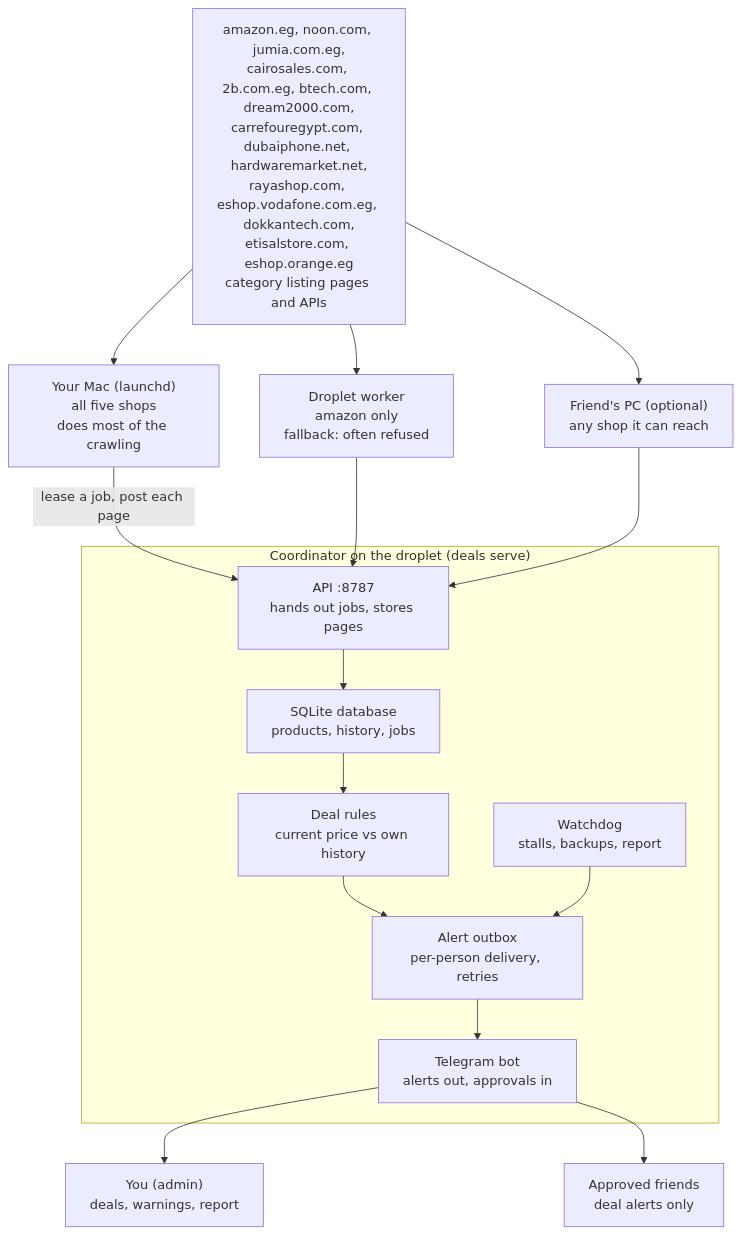
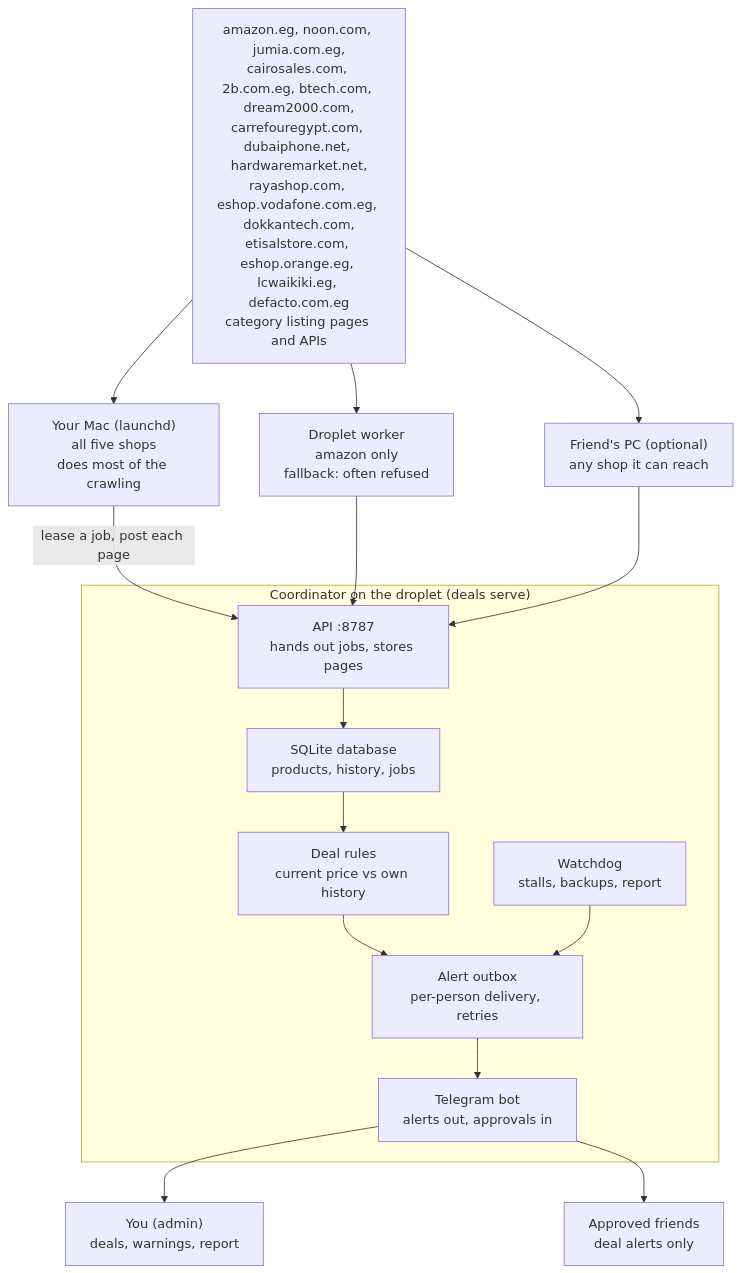
The first of 3 diagrams in docs/GUIDE.md (mohamed-mahmoud377/e-commerce-discounts-alert), drawn with Mermaid before and after one commit. The commit also changed other lines of this file and 33 other files, not shown here.

````diff
--- a/docs/GUIDE.md
+++ b/docs/GUIDE.md
@@ -46,17 +46,17 @@
 ```mermaid
 flowchart TB
-    shops["amazon.eg, noon.com, jumia.com.eg,<br/>cairosales.com, 2b.com.eg, btech.com, dream2000.com,<br/>carrefouregypt.com, dubaiphone.net, hardwaremarket.net,<br/>rayashop.com, eshop.vodafone.com.eg, dokkantech.com,<br/>etisalstore.com, eshop.orange.eg<br/>category listing pages and APIs"]
+    shops["amazon.eg, noon.com, jumia.com.eg,<br/>cairosales.com, 2b.com.eg, btech.com, dream2000.com,<br/>carrefouregypt.com, dubaiphone.net, hardwaremarket.net,<br/>rayashop.com, eshop.vodafone.com.eg, dokkantech.com,<br/>etisalstore.com, eshop.orange.eg, lcwaikiki.eg, defacto.com.eg<br/>category listing pages and APIs"]
     shops --> mac["Your Mac (launchd)<br/>all five shops<br/>does most of the crawling"]
     shops --> dw["Droplet worker<br/>amazon only<br/>fallback: often refused"]
     shops --> fr["Friend's PC (optional)<br/>any shop it can reach"]
     mac -- "lease a job, post each page" --> api
     dw --> api
     fr --> api
     subgraph coord["Coordinator on the droplet (deals serve)"]
         api["API :8787<br/>hands out jobs, stores pages"] --> dbx["SQLite database<br/>products, history, jobs"] --> rules["Deal rules<br/>current price vs own history"]
         rules --> outbox["Alert outbox<br/>per-person delivery, retries"]
         wd["Watchdog<br/>stalls, backups, report"] --> outbox --> bot["Telegram bot<br/>alerts out, approvals in"]
     end
     bot --> admin["You (admin)<br/>deals, warnings, report"]
     bot --> friends["Approved friends<br/>deal alerts only"]
 ```
````
